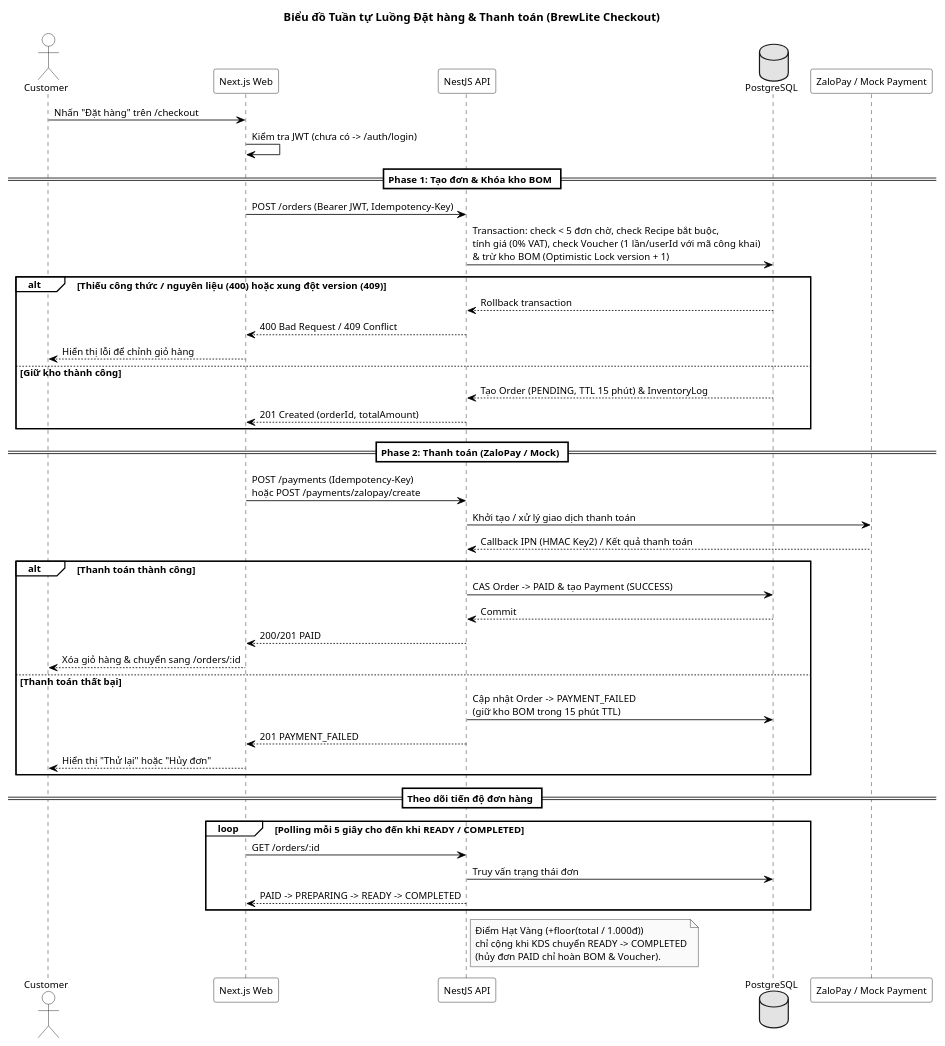
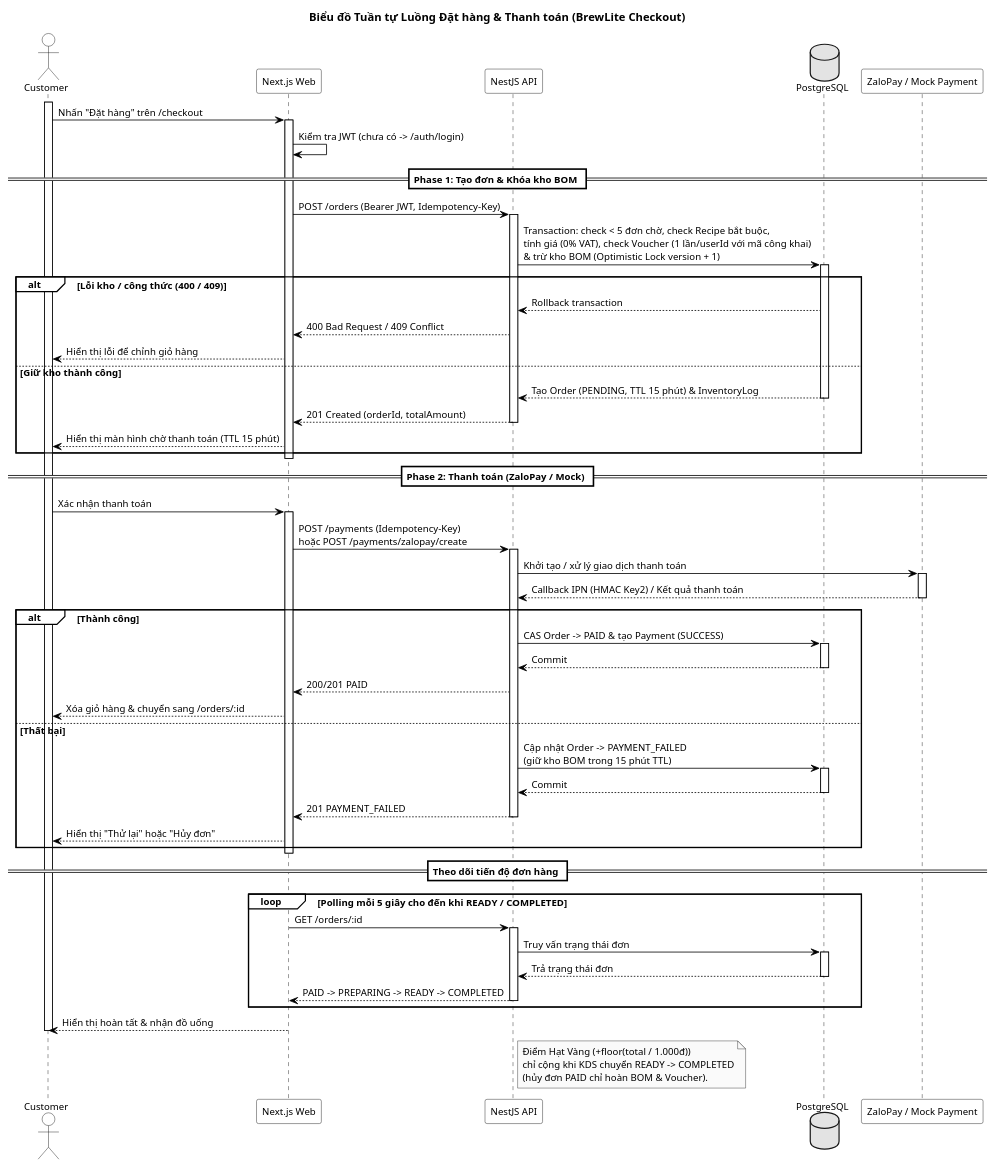
The diagram in docs/diagrams/sequence-checkout.puml (MaGiaVy/BrewLite_project), drawn with PlantUML before and after one commit. The commit also changed 5 other files, not shown here.

Commit message:
docs(diagrams): use diamonds for activity branches and add actor/lifeline bars in checkout sequence

```diff
--- a/docs/diagrams/sequence-checkout.puml
+++ b/docs/diagrams/sequence-checkout.puml
@@ -1,79 +1,109 @@
 @startuml
 skinparam monochrome true
 skinparam shadowing false
 skinparam backgroundColor #FFFFFF
 skinparam defaultFontName "Arial"
 skinparam defaultFontSize 12
 skinparam ArrowColor #000000
 skinparam sequence {
   LifeLineBorderColor #000000
+  LifeLineBorderThickness 1.5
   LifeLineBackgroundColor #FFFFFF
   ParticipantBorderColor #000000
   ParticipantBackgroundColor #FFFFFF
   ActorBorderColor #000000
   ActorBackgroundColor #FFFFFF
   DatabaseBorderColor #000000
   DatabaseBackgroundColor #FFFFFF
   GroupBorderColor #000000
   GroupBackgroundColor #FFFFFF
   GroupHeaderFontStyle bold
   DividerBackgroundColor #FFFFFF
   DividerBorderColor #000000
 }
 
 title Biểu đồ Tuần tự Luồng Đặt hàng & Thanh toán (BrewLite Checkout)
 
 actor "Customer" as Customer
 participant "Next.js Web" as Web
 participant "NestJS API" as API
 database "PostgreSQL" as DB
 participant "ZaloPay / Mock Payment" as Gateway
 
+activate Customer
 Customer -> Web : Nhấn "Đặt hàng" trên /checkout
+activate Web
 Web -> Web : Kiểm tra JWT (chưa có -> /auth/login)
 
 == Phase 1: Tạo đơn & Khóa kho BOM ==
 
 Web -> API : POST /orders (Bearer JWT, Idempotency-Key)
+activate API
 API -> DB : Transaction: check < 5 đơn chờ, check Recipe bắt buộc,\ntính giá (0% VAT), check Voucher (1 lần/userId với mã công khai)\n& trừ kho BOM (Optimistic Lock version + 1)
+activate DB
 
-alt Thiếu công thức / nguyên liệu (400) hoặc xung đột version (409)
+alt Lỗi kho / công thức (400 / 409)
   DB --> API : Rollback transaction
   API --> Web : 400 Bad Request / 409 Conflict
   Web --> Customer : Hiển thị lỗi để chỉnh giỏ hàng
 else Giữ kho thành công
   DB --> API : Tạo Order (PENDING, TTL 15 phút) & InventoryLog
+  deactivate DB
   API --> Web : 201 Created (orderId, totalAmount)
+  deactivate API
+  Web --> Customer : Hiển thị màn hình chờ thanh toán (TTL 15 phút)
 end
+deactivate Web
 
 == Phase 2: Thanh toán (ZaloPay / Mock) ==
 
+Customer -> Web : Xác nhận thanh toán
+activate Web
 Web -> API : POST /payments (Idempotency-Key)\nhoặc POST /payments/zalopay/create
+activate API
 API -> Gateway : Khởi tạo / xử lý giao dịch thanh toán
+activate Gateway
 Gateway --> API : Callback IPN (HMAC Key2) / Kết quả thanh toán
+deactivate Gateway
 
-alt Thanh toán thành công
+alt Thành công
   API -> DB : CAS Order -> PAID & tạo Payment (SUCCESS)
+  activate DB
   DB --> API : Commit
+  deactivate DB
   API --> Web : 200/201 PAID
   Web --> Customer : Xóa giỏ hàng & chuyển sang /orders/:id
-else Thanh toán thất bại
+else Thất bại
   API -> DB : Cập nhật Order -> PAYMENT_FAILED\n(giữ kho BOM trong 15 phút TTL)
+  activate DB
+  DB --> API : Commit
+  deactivate DB
   API --> Web : 201 PAYMENT_FAILED
+  deactivate API
   Web --> Customer : Hiển thị "Thử lại" hoặc "Hủy đơn"
 end
+deactivate Web
 
 == Theo dõi tiến độ đơn hàng ==
 
+activate Web
 loop Polling mỗi 5 giây cho đến khi READY / COMPLETED
   Web -> API : GET /orders/:id
+  activate API
   API -> DB : Truy vấn trạng thái đơn
+  activate DB
+  DB --> API : Trả trạng thái đơn
+  deactivate DB
   API --> Web : PAID -> PREPARING -> READY -> COMPLETED
+  deactivate API
 end
+Web --> Customer : Hiển thị hoàn tất & nhận đồ uống
+deactivate Web
+deactivate Customer
 note right of API
   Điểm Hạt Vàng (+floor(total / 1.000đ))
   chỉ cộng khi KDS chuyển READY -> COMPLETED
   (hủy đơn PAID chỉ hoàn BOM & Voucher).
 end note
 
 @enduml
```
